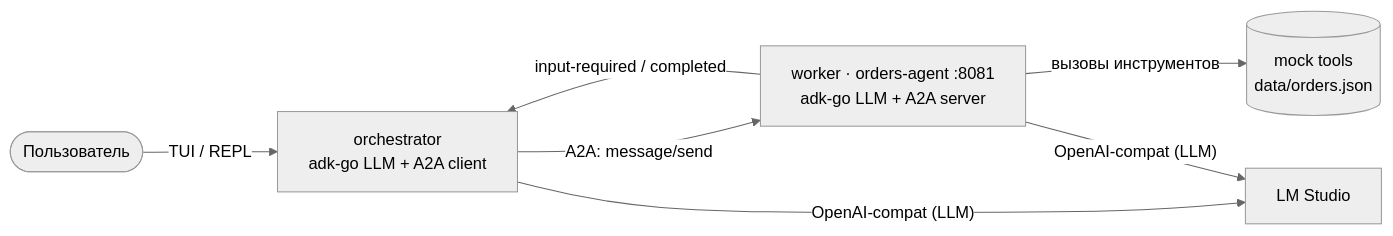
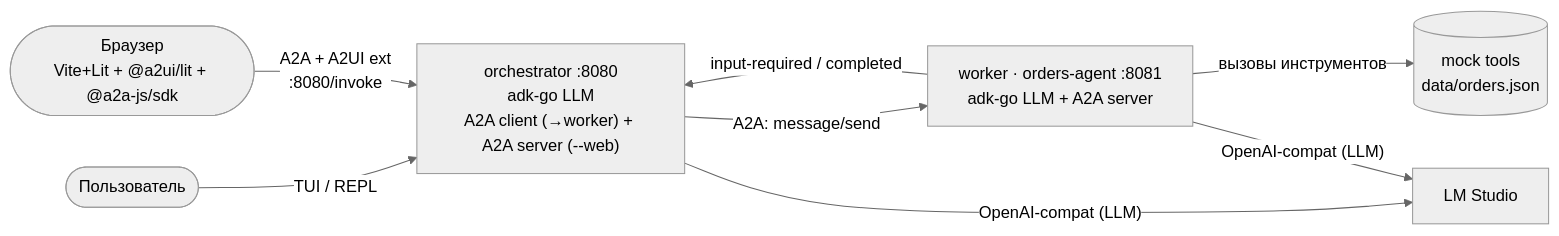
One commit to kmpavloff/agents-a2a-protocol-demo changed the diagram in README.md. Above: the diagram before and after it, drawn with Mermaid (neutral theme). The commit also changed other lines of this file, not shown here.

Commit message:
docs(readme): A2UI web UI architecture and run instructions

````diff
--- a/README.md
+++ b/README.md
@@ -27,11 +33,12 @@
 ```mermaid
 flowchart LR
     user(["Пользователь"]) -->|"TUI / REPL"| orch
-    orch["orchestrator<br/>adk-go LLM + A2A client"]
+    browser(["Браузер<br/>Vite+Lit + @a2ui/lit + @a2a-js/sdk"]) -->|"A2A + A2UI ext<br/>:8080/invoke"| orch
+    orch["orchestrator :8080<br/>adk-go LLM<br/>A2A client (→worker) + A2A server (--web)"]
     worker["worker · orders-agent :8081<br/>adk-go LLM + A2A server"]
     orch -->|"A2A: message/send"| worker
     worker -->|"input-required / completed"| orch
     worker -->|"вызовы инструментов"| tools[("mock tools<br/>data/orders.json")]
     orch -->|"OpenAI-compat (LLM)"| lms["LM Studio"]
     worker -->|"OpenAI-compat (LLM)"| lms
 ```
````
